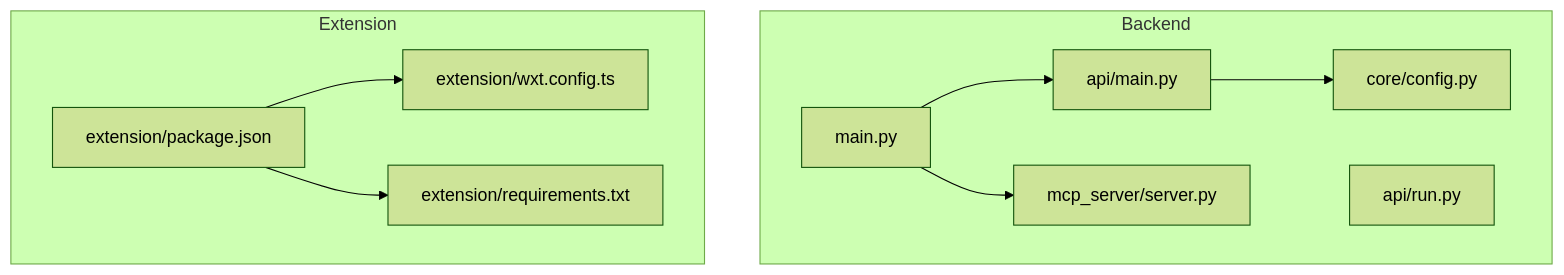
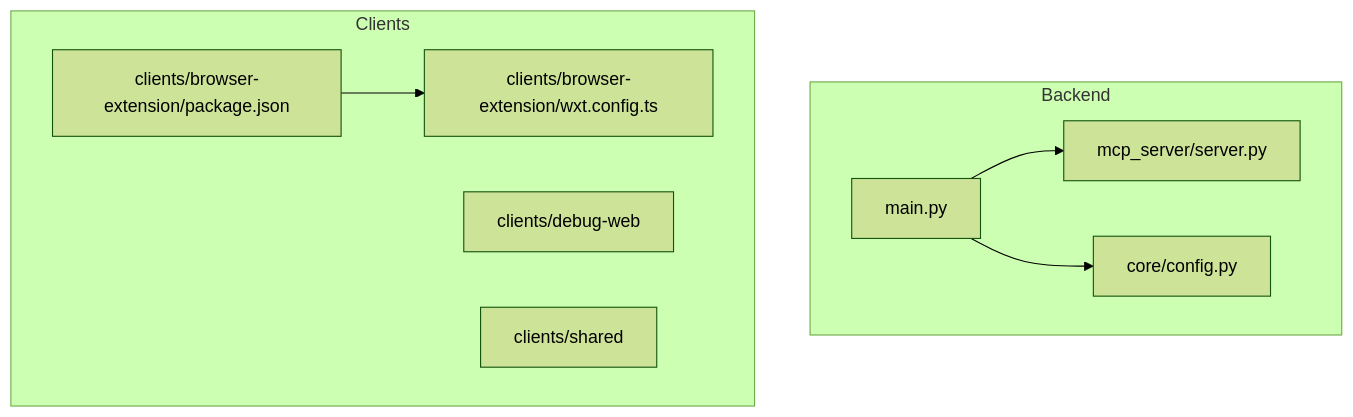
Before and after one commit to tashifkhan/tashif.codes: the first of 3 diagrams in src/data/docs/agentic-browser/Deployment and Operations.md, drawn with Mermaid (forest theme). The commit also changed other lines of this file and 2128 other files, not shown here.

First line of the commit message:
docs: replace raster diagram images with native Mermaid across project guides

````diff
--- a/src/data/docs/agentic-browser/Deployment and Operations.md
+++ b/src/data/docs/agentic-browser/Deployment and Operations.md
@@ -13,20 +15,17 @@
 ```mermaid
 graph TB
 subgraph "Backend"
 A_main["main.py"]
-A_api["api/main.py"]
-A_run["api/run.py"]
 A_cfg["core/config.py"]
 A_mcp["mcp_server/server.py"]
 end
-subgraph "Extension"
-E_pkg["extension/package.json"]
-E_wxt["extension/wxt.config.ts"]
-E_req["extension/requirements.txt"]
+subgraph "Clients"
+E_pkg["clients/browser-extension/package.json"]
+E_wxt["clients/browser-extension/wxt.config.ts"]
+DBG["clients/debug-web"]
+SHR["clients/shared"]
 end
-A_main --> A_api
 A_main --> A_mcp
-A_api --> A_cfg
+A_main --> A_cfg
 E_pkg --> E_wxt
-E_pkg --> E_req
 ```
````
